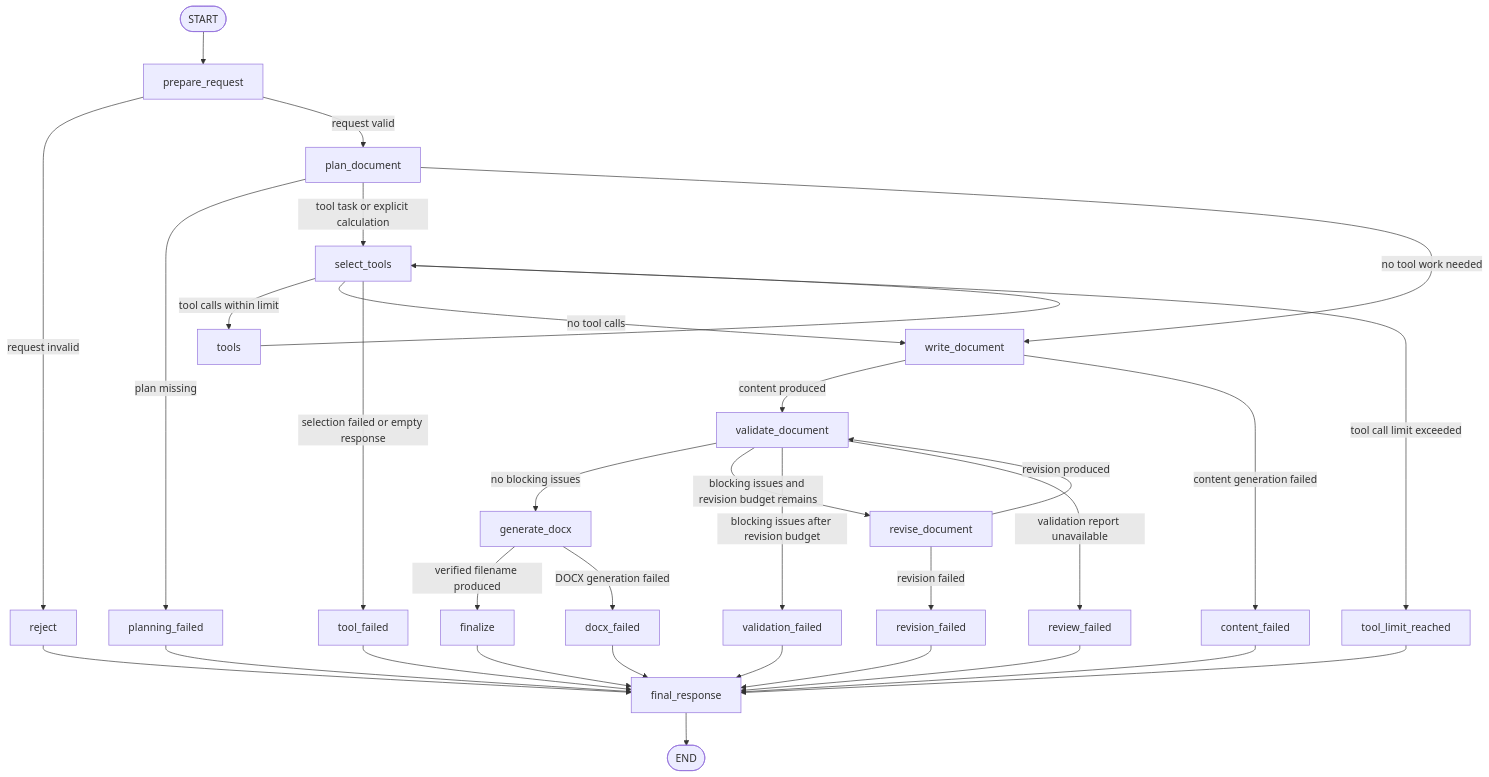
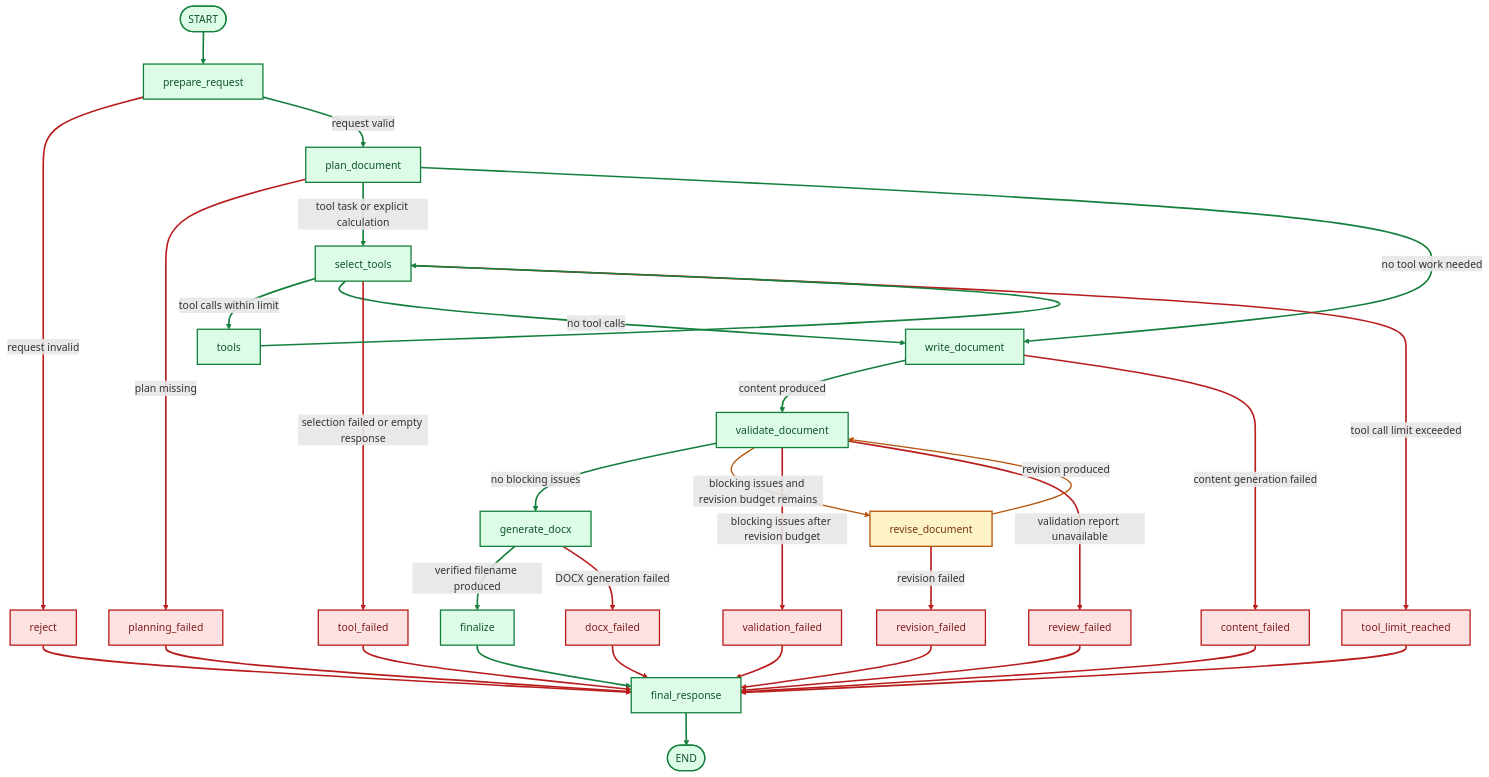
One commit to S84v/fluidai-doc-builder changed the diagram in backend/README.md. Above: the diagram before and after it, drawn with Mermaid. The commit also changed other lines of this file and 1 other file, not shown here.

Commit message:
docs: refine README workflow diagram styling

````diff
--- a/backend/README.md
+++ b/backend/README.md
@@ -128,43 +128,53 @@
 ```mermaid
 flowchart TD
     START([START]) --> PREPARE[prepare_request]
 
     PREPARE -->|request invalid| REJECT[reject]
     PREPARE -->|request valid| PLAN[plan_document]
 
     PLAN -->|plan missing| PLANNING_FAILED[planning_failed]
     PLAN -->|tool task or explicit calculation| SELECT[select_tools]
     PLAN -->|no tool work needed| WRITE[write_document]
 
     SELECT -->|tool calls within limit| TOOLS[tools]
     SELECT -->|no tool calls| WRITE
     SELECT -->|selection failed or empty response| TOOL_FAILED[tool_failed]
     SELECT -->|tool call limit exceeded| TOOL_LIMIT[tool_limit_reached]
     TOOLS --> SELECT
 
     WRITE -->|content produced| VALIDATE[validate_document]
     WRITE -->|content generation failed| CONTENT_FAILED[content_failed]
 
     VALIDATE -->|no blocking issues| DOCX[generate_docx]
     VALIDATE -->|blocking issues and revision budget remains| REVISE[revise_document]
     VALIDATE -->|blocking issues after revision budget| VALIDATION_FAILED[validation_failed]
     VALIDATE -->|validation report unavailable| REVIEW_FAILED[review_failed]
 
     REVISE -->|revision produced| VALIDATE
     REVISE -->|revision failed| REVISION_FAILED[revision_failed]
 
     DOCX -->|verified filename produced| FINALIZE[finalize]
     DOCX -->|DOCX generation failed| DOCX_FAILED[docx_failed]
 
     FINALIZE --> FINAL[final_response]
     REJECT --> FINAL
     PLANNING_FAILED --> FINAL
     TOOL_FAILED --> FINAL
     TOOL_LIMIT --> FINAL
     CONTENT_FAILED --> FINAL
     VALIDATION_FAILED --> FINAL
     REVIEW_FAILED --> FINAL
     REVISION_FAILED --> FINAL
     DOCX_FAILED --> FINAL
     FINAL --> END([END])
+
+    classDef success fill:#dcfce7,stroke:#15803d,stroke-width:2px,color:#14532d;
+    classDef failure fill:#fee2e2,stroke:#b91c1c,stroke-width:2px,color:#7f1d1d;
+    classDef revision fill:#fef3c7,stroke:#b45309,stroke-width:2px,color:#78350f;
+    class START,PREPARE,PLAN,SELECT,TOOLS,WRITE,VALIDATE,DOCX,FINALIZE,FINAL,END success;
+    class REJECT,PLANNING_FAILED,TOOL_FAILED,TOOL_LIMIT,CONTENT_FAILED,VALIDATION_FAILED,REVIEW_FAILED,REVISION_FAILED,DOCX_FAILED failure;
+    class REVISE revision;
+    linkStyle 0,2,4,5,6,7,10,11,13,19,21,31 stroke:#15803d,stroke-width:2.5px;
+    linkStyle 1,3,8,9,12,15,16,18,20,22,23,24,25,26,27,28,29,30 stroke:#b91c1c,stroke-width:2.5px;
+    linkStyle 14,17 stroke:#b45309,stroke-width:2px;
 ```
````
